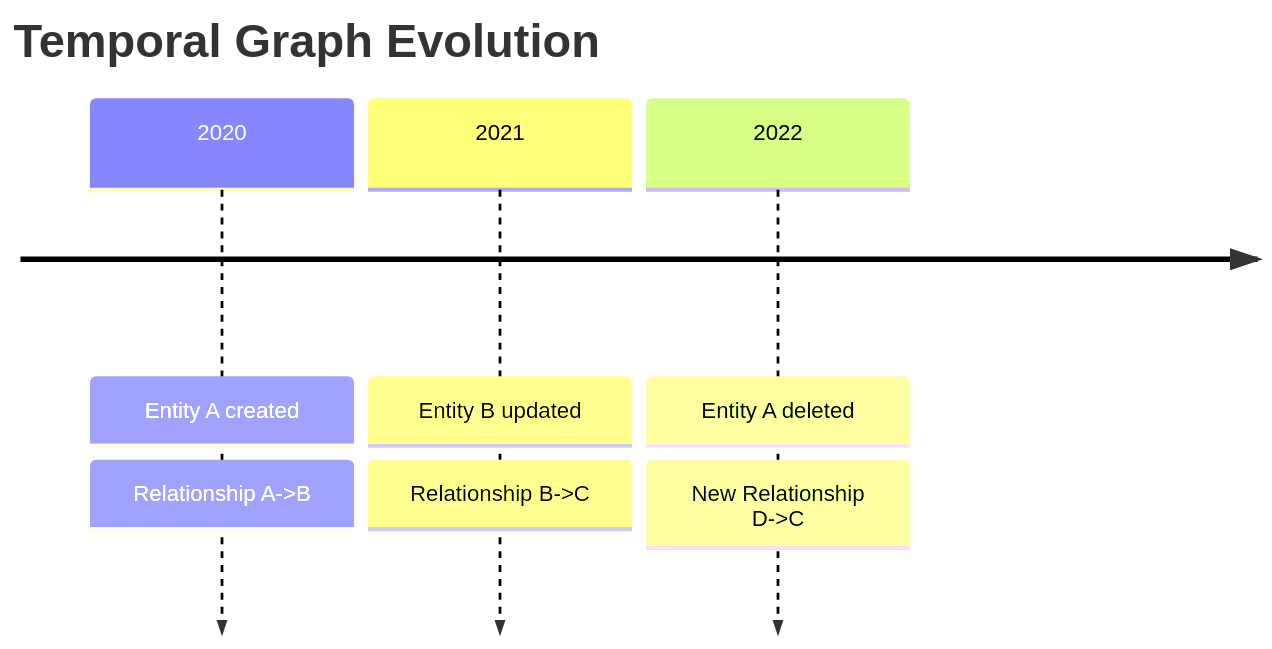
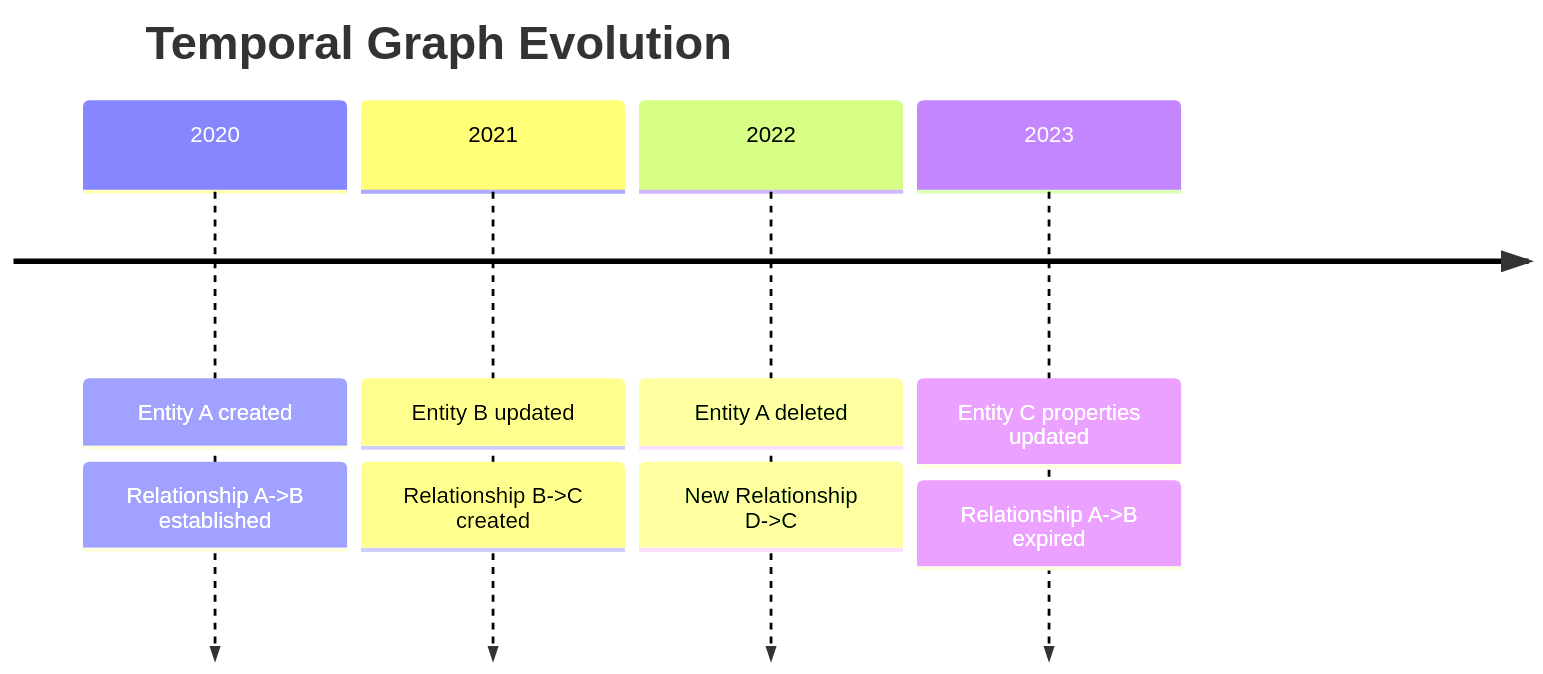
The third of 6 diagrams in docs/concepts.md (Sameer6305/semantica), drawn with Mermaid before and after one commit. The commit also changed other lines of this file and 15 other files, not shown here.

````diff
--- a/docs/concepts.md
+++ b/docs/concepts.md
@@ -102,10 +945,12 @@
 ```mermaid
 timeline
     title Temporal Graph Evolution
     2020 : Entity A created
-         : Relationship A->B
+         : Relationship A->B established
     2021 : Entity B updated
-         : Relationship B->C
+         : Relationship B->C created
     2022 : Entity A deleted
          : New Relationship D->C
+    2023 : Entity C properties updated
+         : Relationship A->B expired
 ```
````
